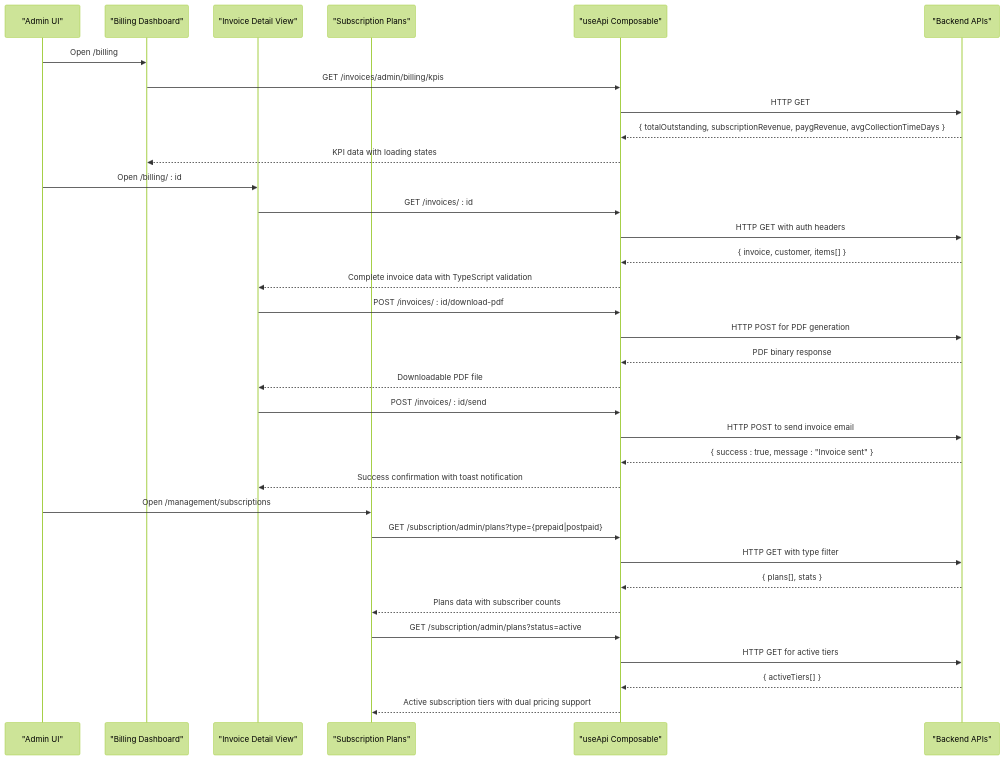
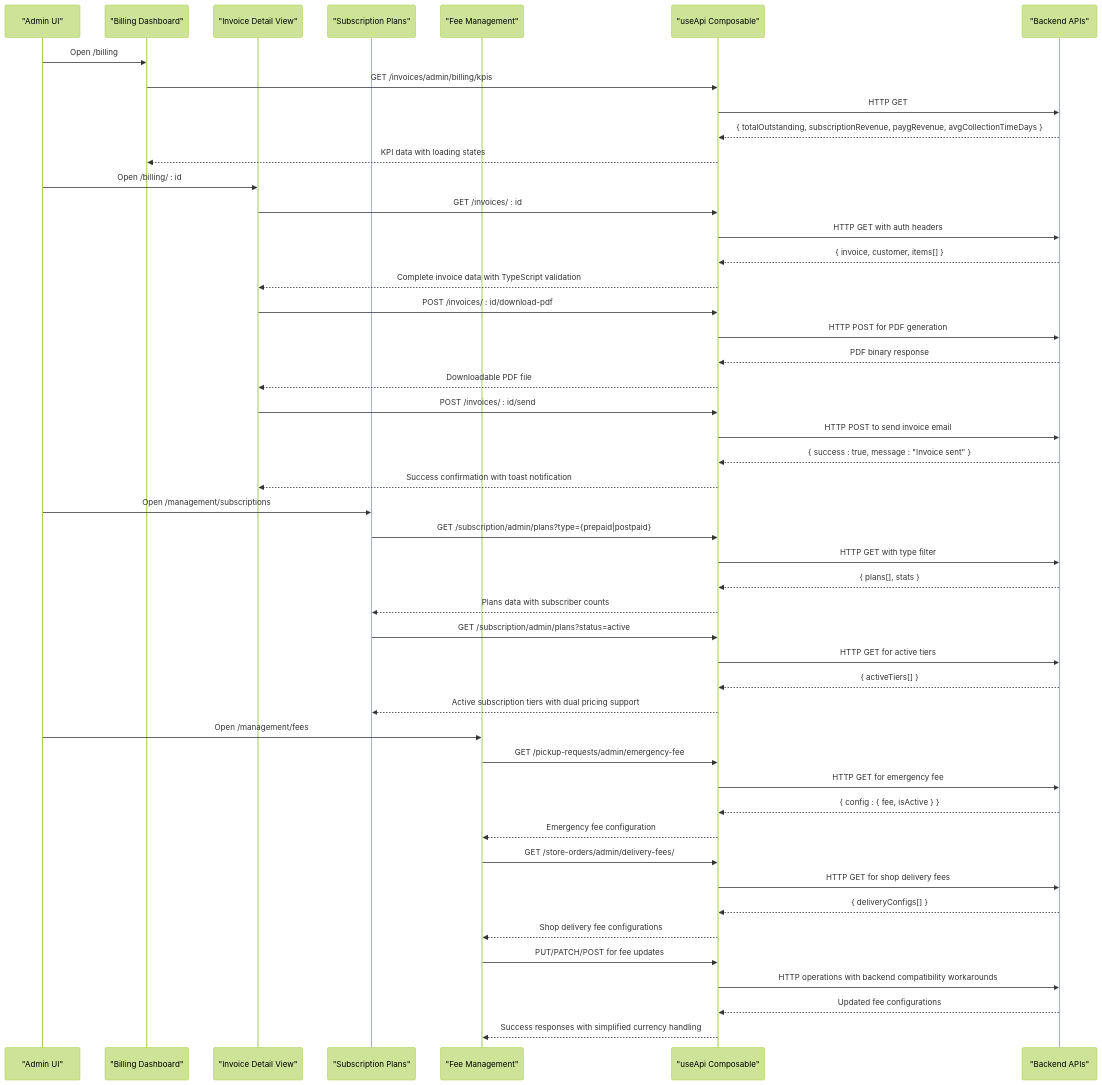
One commit to Lazynerd-Studios/lacarte-atlas-console changed the second of 3 diagrams in .qoder/repowiki/en/content/Business Modules/Billing & Subscriptions/Billing & Subscriptions.md. Above: the diagram before and after it, drawn with Mermaid (forest theme). The commit also changed other lines of this file and 3 other files, not shown here.

First line of the commit message:
feat(fees): simplify currency display and add backend compatibility workaround

````diff
--- a/.qoder/repowiki/en/content/Business Modules/Billing & Subscriptions/Billing & Subscriptions.md
+++ b/.qoder/repowiki/en/content/Business Modules/Billing & Subscriptions/Billing & Subscriptions.md
@@ -131,36 +147,50 @@
 ```mermaid
 sequenceDiagram
 participant Admin as "Admin UI"
 participant BillingPage as "Billing Dashboard"
 participant InvoiceDetail as "Invoice Detail View"
 participant SubPlans as "Subscription Plans"
+participant FeeManagement as "Fee Management"
 participant API as "useApi Composable"
 participant Backend as "Backend APIs"
 Admin->>BillingPage : Open /billing
 BillingPage->>API : GET /invoices/admin/billing/kpis
 API->>Backend : HTTP GET
 Backend-->>API : { totalOutstanding, subscriptionRevenue, paygRevenue, avgCollectionTimeDays }
 API-->>BillingPage : KPI data with loading states
 Admin->>InvoiceDetail : Open /billing/ : id
 InvoiceDetail->>API : GET /invoices/ : id
 API->>Backend : HTTP GET with auth headers
 Backend-->>API : { invoice, customer, items[] }
 API-->>InvoiceDetail : Complete invoice data with TypeScript validation
 InvoiceDetail->>API : POST /invoices/ : id/download-pdf
 API->>Backend : HTTP POST for PDF generation
 Backend-->>API : PDF binary response
 API-->>InvoiceDetail : Downloadable PDF file
 InvoiceDetail->>API : POST /invoices/ : id/send
 API->>Backend : HTTP POST to send invoice email
 Backend-->>API : { success : true, message : "Invoice sent" }
 API-->>InvoiceDetail : Success confirmation with toast notification
 Admin->>SubPlans : Open /management/subscriptions
 SubPlans->>API : GET /subscription/admin/plans?type={prepaid|postpaid}
 API->>Backend : HTTP GET with type filter
 Backend-->>API : { plans[], stats }
 API-->>SubPlans : Plans data with subscriber counts
 SubPlans->>API : GET /subscription/admin/plans?status=active
 API->>Backend : HTTP GET for active tiers
 Backend-->>API : { activeTiers[] }
 API-->>SubPlans : Active subscription tiers with dual pricing support
+Admin->>FeeManagement : Open /management/fees
+FeeManagement->>API : GET /pickup-requests/admin/emergency-fee
+API->>Backend : HTTP GET for emergency fee
+Backend-->>API : { config : { fee, isActive } }
+API-->>FeeManagement : Emergency fee configuration
+FeeManagement->>API : GET /store-orders/admin/delivery-fees/
+API->>Backend : HTTP GET for shop delivery fees
+Backend-->>API : { deliveryConfigs[] }
+API-->>FeeManagement : Shop delivery fee configurations
+FeeManagement->>API : PUT/PATCH/POST for fee updates
+API->>Backend : HTTP operations with backend compatibility workarounds
+Backend-->>API : Updated fee configurations
+API-->>FeeManagement : Success responses with simplified currency handling
 ```
````
